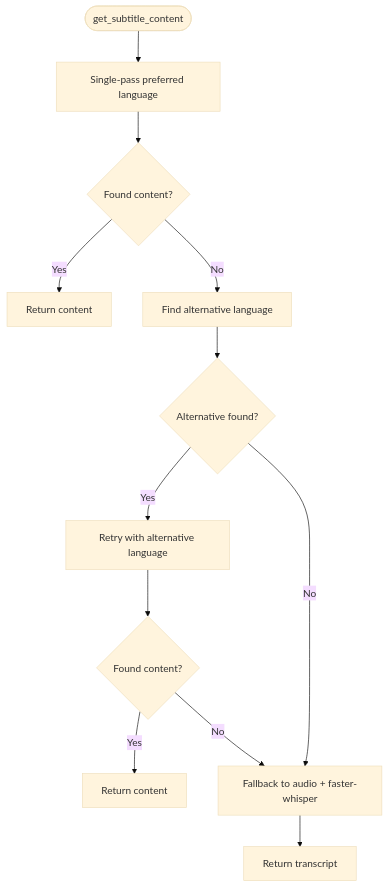
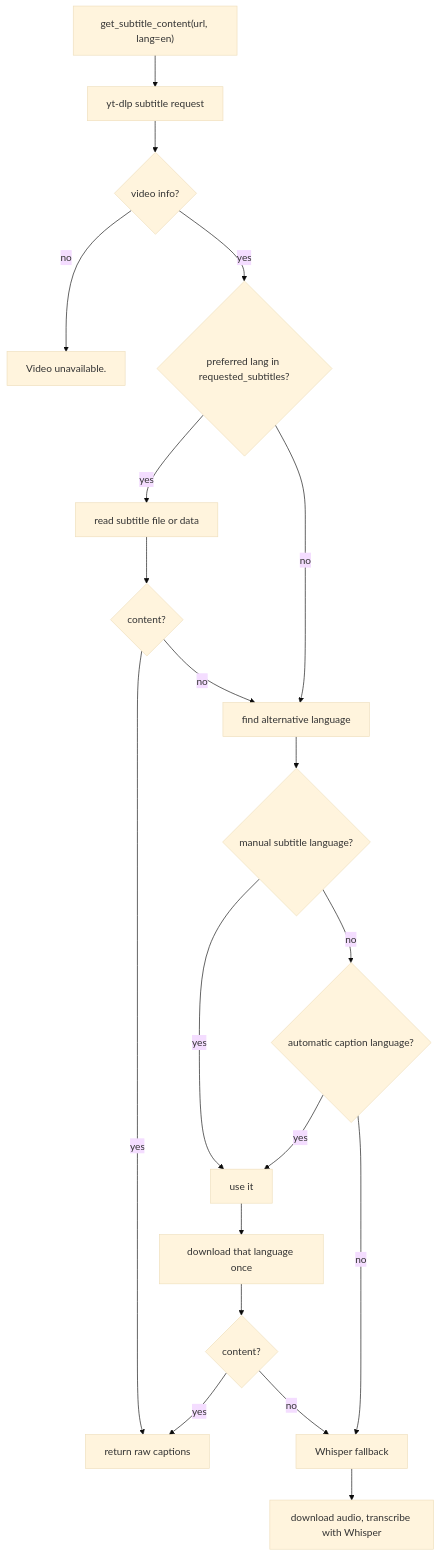
One commit to tashifkhan/tashif.codes changed the third of 6 diagrams in src/data/docs/agentic-browser/Service Integrations/YouTube Integration.md. Above: the diagram before and after it, drawn with Mermaid (base theme). The commit also changed other lines of this file and 114 other files, not shown here.

````diff
--- a/src/data/docs/agentic-browser/Service Integrations/YouTube Integration.md
+++ b/src/data/docs/agentic-browser/Service Integrations/YouTube Integration.md
@@ -175,14 +103,22 @@
 ```mermaid
 flowchart TD
-SStart(["get_subtitle_content"]) --> FirstPass["Single-pass preferred language"]
-FirstPass --> Found{"Found content?"}
-Found --> |Yes| ReturnFirst["Return content"]
-Found --> |No| AltLang["Find alternative language"]
-AltLang --> AltFound{"Alternative found?"}
-AltFound --> |Yes| RetryAlt["Retry with alternative language"]
-RetryAlt --> FoundAlt{"Found content?"}
-FoundAlt --> |Yes| ReturnAlt["Return content"]
-FoundAlt --> |No| Whisper["Fallback to audio + faster-whisper"]
-AltFound --> |No| Whisper
-Whisper --> ReturnWhisper["Return transcript"]
+  A["get_subtitle_content(url, lang=en)"] --> B["yt-dlp subtitle request"]
+  B --> C{"video info?"}
+  C -- no --> D["Video unavailable."]
+  C -- yes --> E{"preferred lang in requested_subtitles?"}
+  E -- yes --> F["read subtitle file or data"]
+  F --> G{"content?"}
+  G -- yes --> H["return raw captions"]
+  G -- no --> I["find alternative language"]
+  E -- no --> I
+  I --> J{"manual subtitle language?"}
+  J -- yes --> K["use it"]
+  J -- no --> L{"automatic caption language?"}
+  L -- yes --> K
+  L -- no --> M["Whisper fallback"]
+  K --> N["download that language once"]
+  N --> O{"content?"}
+  O -- yes --> H
+  O -- no --> M
+  M --> P["download audio, transcribe with Whisper"]
 ```
````
